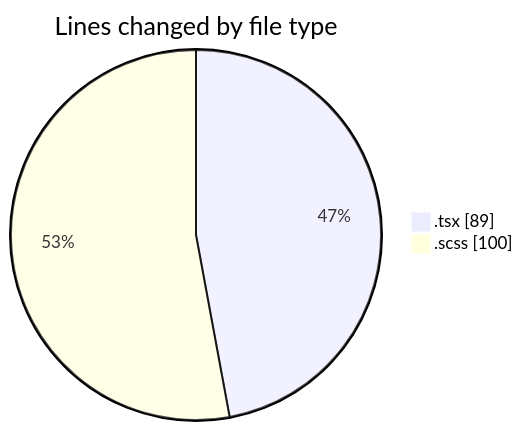
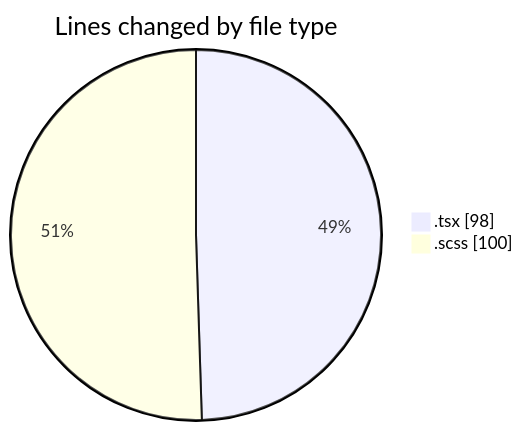
The first of 2 diagrams in 2026-04-16/cda/README.md (momahboobian/code-tracking), drawn with Mermaid before and after one commit. The commit also changed other lines of this file and 1 other file, not shown here.

````diff
--- a/2026-04-16/cda/README.md
+++ b/2026-04-16/cda/README.md
@@ -22,6 +22,6 @@
 ```mermaid
 pie showData
 title Lines changed by file type
-".tsx" : 89
+".tsx" : 98
 ".scss" : 100
 ```
````
